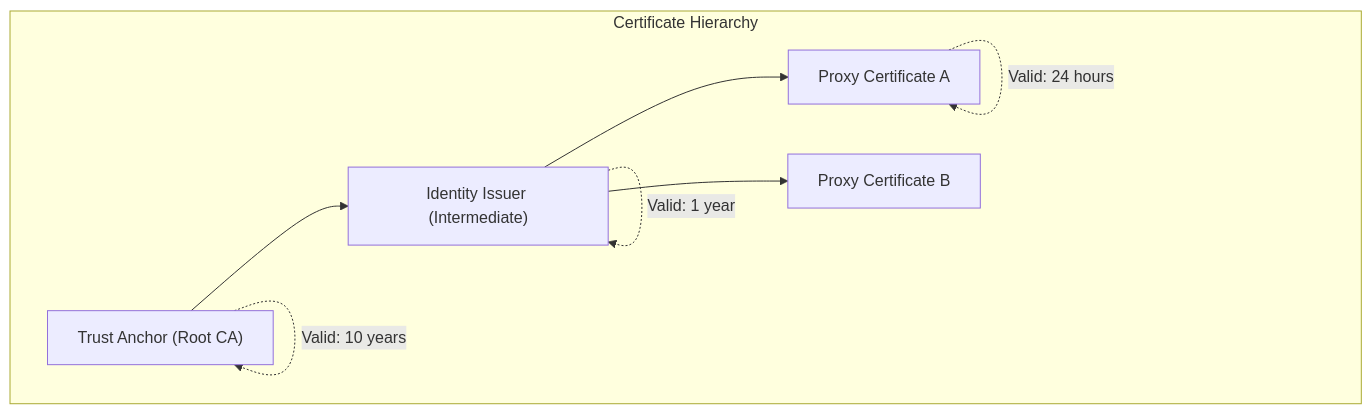
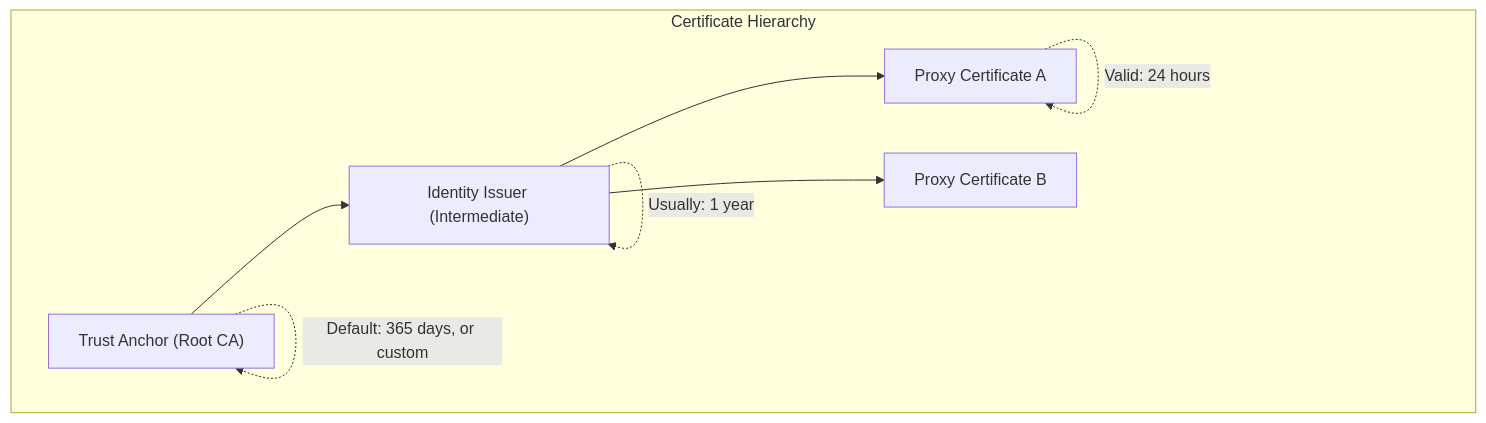
Before and after one commit to OneUptime/blog: the third of 4 diagrams in posts/2026-01-27-linkerd-upgrade/README.md, drawn with Mermaid. The commit also changed other lines of this file and 2 other files, not shown here.

````diff
--- a/posts/2026-01-27-linkerd-upgrade/README.md
+++ b/posts/2026-01-27-linkerd-upgrade/README.md
@@ -291,17 +302,17 @@
 ```mermaid
 flowchart TB
     subgraph Certificates["Certificate Hierarchy"]
         trust["Trust Anchor (Root CA)"]
         issuer["Identity Issuer (Intermediate)"]
         proxy1cert["Proxy Certificate A"]
         proxy2cert["Proxy Certificate B"]
     end
 
     trust --> issuer
     issuer --> proxy1cert
     issuer --> proxy2cert
 
-    trust -.->|"Valid: 10 years"| trust
-    issuer -.->|"Valid: 1 year"| issuer
+    trust -.->|"Default: 365 days, or custom"| trust
+    issuer -.->|"Usually: 1 year"| issuer
     proxy1cert -.->|"Valid: 24 hours"| proxy1cert
 ```
````
